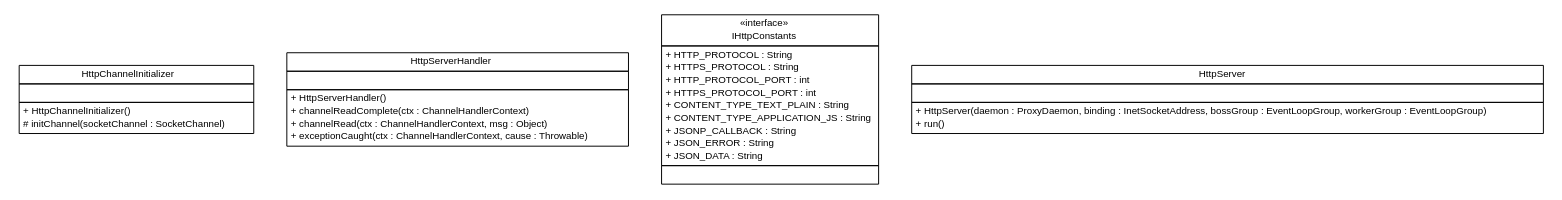
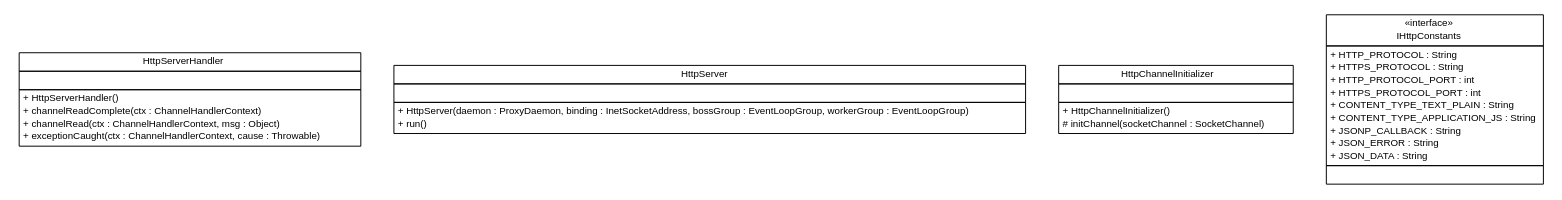
Before and after one commit to pcross616/lf-osc-proxy: the diagram in apidocs/com/xley/lfosc/http/server/com.xley.lfosc.http.server.dot, drawn with Graphviz. The commit also changed 352 other files, not shown here.

```diff
--- a/apidocs/com/xley/lfosc/http/server/com.xley.lfosc.http.server.dot
+++ b/apidocs/com/xley/lfosc/http/server/com.xley.lfosc.http.server.dot
@@ -1,74 +1,74 @@
 #!/usr/local/bin/dot
 #
 # Class diagram 
 # Generated by UMLGraph version R5_6 (http://www.umlgraph.org/)
 #
 
 digraph G {
 	edge [fontname="Helvetica",fontsize=10,labelfontname="Helvetica",labelfontsize=10];
 	node [fontname="Helvetica",fontsize=10,shape=plaintext];
 	nodesep=0.25;
 	ranksep=0.5;
-	// com.xley.lfosc.http.server.HttpChannelInitializer
-	c129 [label=<<table title="com.xley.lfosc.http.server.HttpChannelInitializer" border="0" cellborder="1" cellspacing="0" cellpadding="2" port="p" href="./HttpChannelInitializer.html">
-		<tr><td><table border="0" cellspacing="0" cellpadding="1">
-<tr><td align="center" balign="center"> HttpChannelInitializer </td></tr>
-		</table></td></tr>
-		<tr><td><table border="0" cellspacing="0" cellpadding="1">
-<tr><td align="left" balign="left">  </td></tr>
-		</table></td></tr>
-		<tr><td><table border="0" cellspacing="0" cellpadding="1">
-<tr><td align="left" balign="left"> + HttpChannelInitializer() </td></tr>
-<tr><td align="left" balign="left"> # initChannel(socketChannel : SocketChannel) </td></tr>
-		</table></td></tr>
-		</table>>, URL="./HttpChannelInitializer.html", fontname="Helvetica", fontcolor="black", fontsize=10.0];
 	// com.xley.lfosc.http.server.HttpServerHandler
-	c130 [label=<<table title="com.xley.lfosc.http.server.HttpServerHandler" border="0" cellborder="1" cellspacing="0" cellpadding="2" port="p" href="./HttpServerHandler.html">
+	c340 [label=<<table title="com.xley.lfosc.http.server.HttpServerHandler" border="0" cellborder="1" cellspacing="0" cellpadding="2" port="p" href="./HttpServerHandler.html">
 		<tr><td><table border="0" cellspacing="0" cellpadding="1">
 <tr><td align="center" balign="center"> HttpServerHandler </td></tr>
 		</table></td></tr>
 		<tr><td><table border="0" cellspacing="0" cellpadding="1">
 <tr><td align="left" balign="left">  </td></tr>
 		</table></td></tr>
 		<tr><td><table border="0" cellspacing="0" cellpadding="1">
 <tr><td align="left" balign="left"> + HttpServerHandler() </td></tr>
 <tr><td align="left" balign="left"> + channelReadComplete(ctx : ChannelHandlerContext) </td></tr>
 <tr><td align="left" balign="left"> + channelRead(ctx : ChannelHandlerContext, msg : Object) </td></tr>
 <tr><td align="left" balign="left"> + exceptionCaught(ctx : ChannelHandlerContext, cause : Throwable) </td></tr>
 		</table></td></tr>
 		</table>>, URL="./HttpServerHandler.html", fontname="Helvetica", fontcolor="black", fontsize=10.0];
+	// com.xley.lfosc.http.server.HttpServer
+	c341 [label=<<table title="com.xley.lfosc.http.server.HttpServer" border="0" cellborder="1" cellspacing="0" cellpadding="2" port="p" href="./HttpServer.html">
+		<tr><td><table border="0" cellspacing="0" cellpadding="1">
+<tr><td align="center" balign="center"> HttpServer </td></tr>
+		</table></td></tr>
+		<tr><td><table border="0" cellspacing="0" cellpadding="1">
+<tr><td align="left" balign="left">  </td></tr>
+		</table></td></tr>
+		<tr><td><table border="0" cellspacing="0" cellpadding="1">
+<tr><td align="left" balign="left"> + HttpServer(daemon : ProxyDaemon, binding : InetSocketAddress, bossGroup : EventLoopGroup, workerGroup : EventLoopGroup) </td></tr>
+<tr><td align="left" balign="left"> + run() </td></tr>
+		</table></td></tr>
+		</table>>, URL="./HttpServer.html", fontname="Helvetica", fontcolor="black", fontsize=10.0];
+	// com.xley.lfosc.http.server.HttpChannelInitializer
+	c342 [label=<<table title="com.xley.lfosc.http.server.HttpChannelInitializer" border="0" cellborder="1" cellspacing="0" cellpadding="2" port="p" href="./HttpChannelInitializer.html">
+		<tr><td><table border="0" cellspacing="0" cellpadding="1">
+<tr><td align="center" balign="center"> HttpChannelInitializer </td></tr>
+		</table></td></tr>
+		<tr><td><table border="0" cellspacing="0" cellpadding="1">
+<tr><td align="left" balign="left">  </td></tr>
+		</table></td></tr>
+		<tr><td><table border="0" cellspacing="0" cellpadding="1">
+<tr><td align="left" balign="left"> + HttpChannelInitializer() </td></tr>
+<tr><td align="left" balign="left"> # initChannel(socketChannel : SocketChannel) </td></tr>
+		</table></td></tr>
+		</table>>, URL="./HttpChannelInitializer.html", fontname="Helvetica", fontcolor="black", fontsize=10.0];
 	// com.xley.lfosc.http.server.IHttpConstants
-	c131 [label=<<table title="com.xley.lfosc.http.server.IHttpConstants" border="0" cellborder="1" cellspacing="0" cellpadding="2" port="p" href="./IHttpConstants.html">
+	c343 [label=<<table title="com.xley.lfosc.http.server.IHttpConstants" border="0" cellborder="1" cellspacing="0" cellpadding="2" port="p" href="./IHttpConstants.html">
 		<tr><td><table border="0" cellspacing="0" cellpadding="1">
 <tr><td align="center" balign="center"> &#171;interface&#187; </td></tr>
 <tr><td align="center" balign="center"> IHttpConstants </td></tr>
 		</table></td></tr>
 		<tr><td><table border="0" cellspacing="0" cellpadding="1">
 <tr><td align="left" balign="left"> + HTTP_PROTOCOL : String </td></tr>
 <tr><td align="left" balign="left"> + HTTPS_PROTOCOL : String </td></tr>
 <tr><td align="left" balign="left"> + HTTP_PROTOCOL_PORT : int </td></tr>
 <tr><td align="left" balign="left"> + HTTPS_PROTOCOL_PORT : int </td></tr>
 <tr><td align="left" balign="left"> + CONTENT_TYPE_TEXT_PLAIN : String </td></tr>
 <tr><td align="left" balign="left"> + CONTENT_TYPE_APPLICATION_JS : String </td></tr>
 <tr><td align="left" balign="left"> + JSONP_CALLBACK : String </td></tr>
 <tr><td align="left" balign="left"> + JSON_ERROR : String </td></tr>
 <tr><td align="left" balign="left"> + JSON_DATA : String </td></tr>
 		</table></td></tr>
 		<tr><td><table border="0" cellspacing="0" cellpadding="1">
 <tr><td align="left" balign="left">  </td></tr>
 		</table></td></tr>
 		</table>>, URL="./IHttpConstants.html", fontname="Helvetica", fontcolor="black", fontsize=10.0];
-	// com.xley.lfosc.http.server.HttpServer
-	c132 [label=<<table title="com.xley.lfosc.http.server.HttpServer" border="0" cellborder="1" cellspacing="0" cellpadding="2" port="p" href="./HttpServer.html">
-		<tr><td><table border="0" cellspacing="0" cellpadding="1">
-<tr><td align="center" balign="center"> HttpServer </td></tr>
-		</table></td></tr>
-		<tr><td><table border="0" cellspacing="0" cellpadding="1">
-<tr><td align="left" balign="left">  </td></tr>
-		</table></td></tr>
-		<tr><td><table border="0" cellspacing="0" cellpadding="1">
-<tr><td align="left" balign="left"> + HttpServer(daemon : ProxyDaemon, binding : InetSocketAddress, bossGroup : EventLoopGroup, workerGroup : EventLoopGroup) </td></tr>
-<tr><td align="left" balign="left"> + run() </td></tr>
-		</table></td></tr>
-		</table>>, URL="./HttpServer.html", fontname="Helvetica", fontcolor="black", fontsize=10.0];
 }
```
